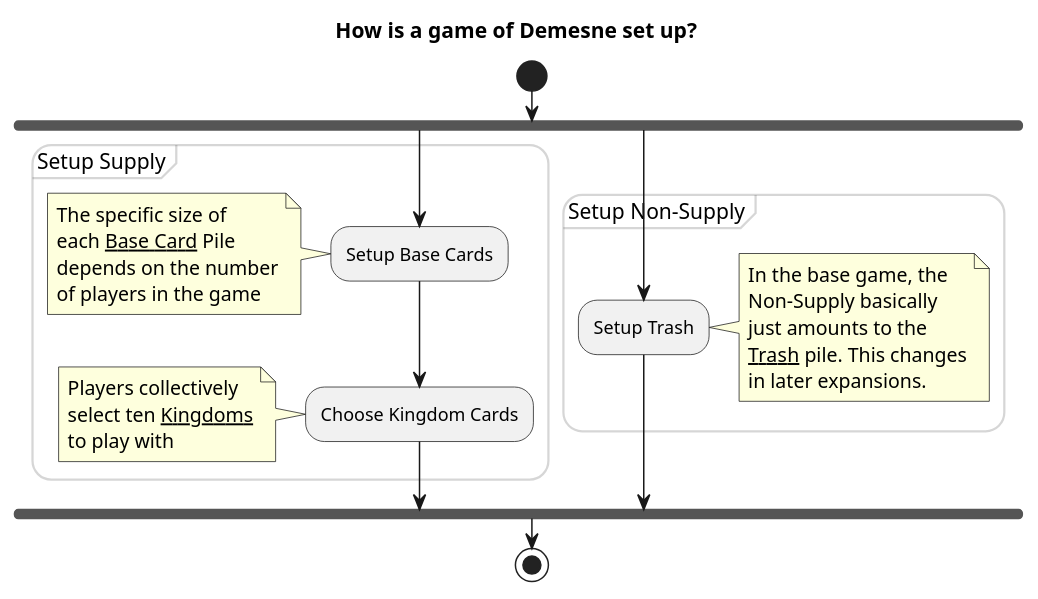
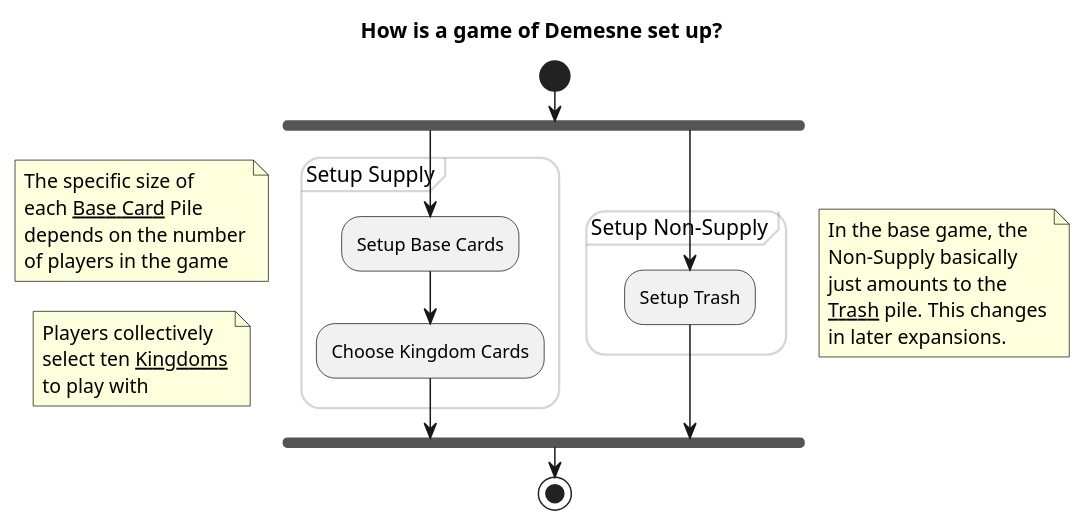
The diagram in diagrams/setup-activity.puml (qwwqe/demesne), drawn with PlantUML before and after one commit. The commit also changed 1 other file, not shown here.

```diff
--- a/diagrams/setup-activity.puml
+++ b/diagrams/setup-activity.puml
@@ -1,51 +1,41 @@
 @startuml
 title How is a game of Demesne set up?
 skinparam hyperlinkColor black
 ' skinparam hyperlinkUnderline false
 
 <style>
 partition {
   LineColor #33333333
   RoundCorner 25
 }
 </style>
 
 start
 
 fork
 
 partition "Setup Supply" {
   :Setup Base Cards;
-  note left
-    The specific size of
-    each [[base-card-class.puml {Base Cards} Base Card]] Pile
-    depends on the number
-    of players in the game
-  end note
 
   :Choose Kingdom Cards;
-  note left
-    Players collectively
-    select ten [[kingdom-card-class.puml {Kingdom Cards} Kingdoms]]
-    to play with
-  end note
 }
 
 fork again
 
 partition "Setup Non-Supply" {
   :Setup Trash;
-  note right
-    In the base game, the
-    Non-Supply basically
-    just amounts to the
-    [[trash-pile-class.puml {Trash} Trash]] pile. This changes
-    in later expansions.
-  end note
 }
 
 end fork
 
+floating note left: The specific size of\neach [[base-card-class.puml {Base Cards} Base Card]] Pile\ndepends on the number\nof players in the game
+
+floating note left: Players collectively\nselect ten [[kingdom-card-class.puml {Kingdom Cards} Kingdoms]]\nto play with
+
+
+
+floating note right: In the base game, the\nNon-Supply basically\njust amounts to the\n[[trash-pile-class.puml {Trash} Trash]] pile. This changes\nin later expansions.
+
 stop
 
 @enduml
```
